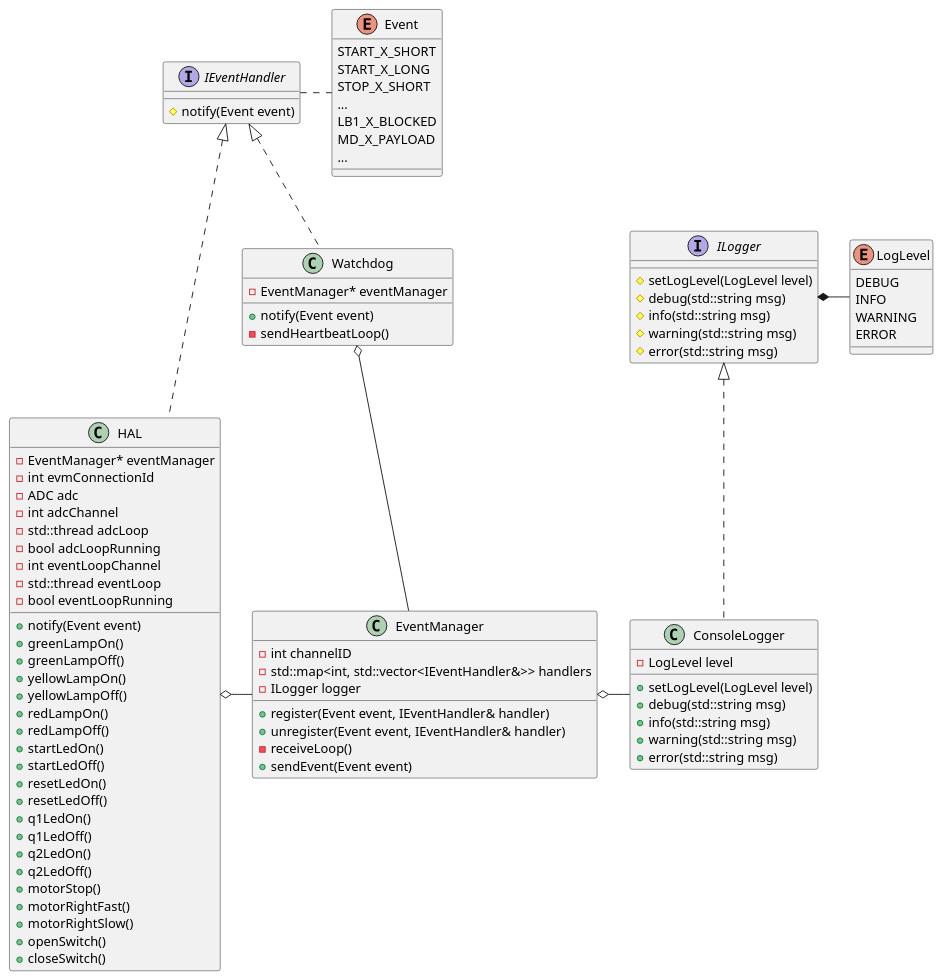
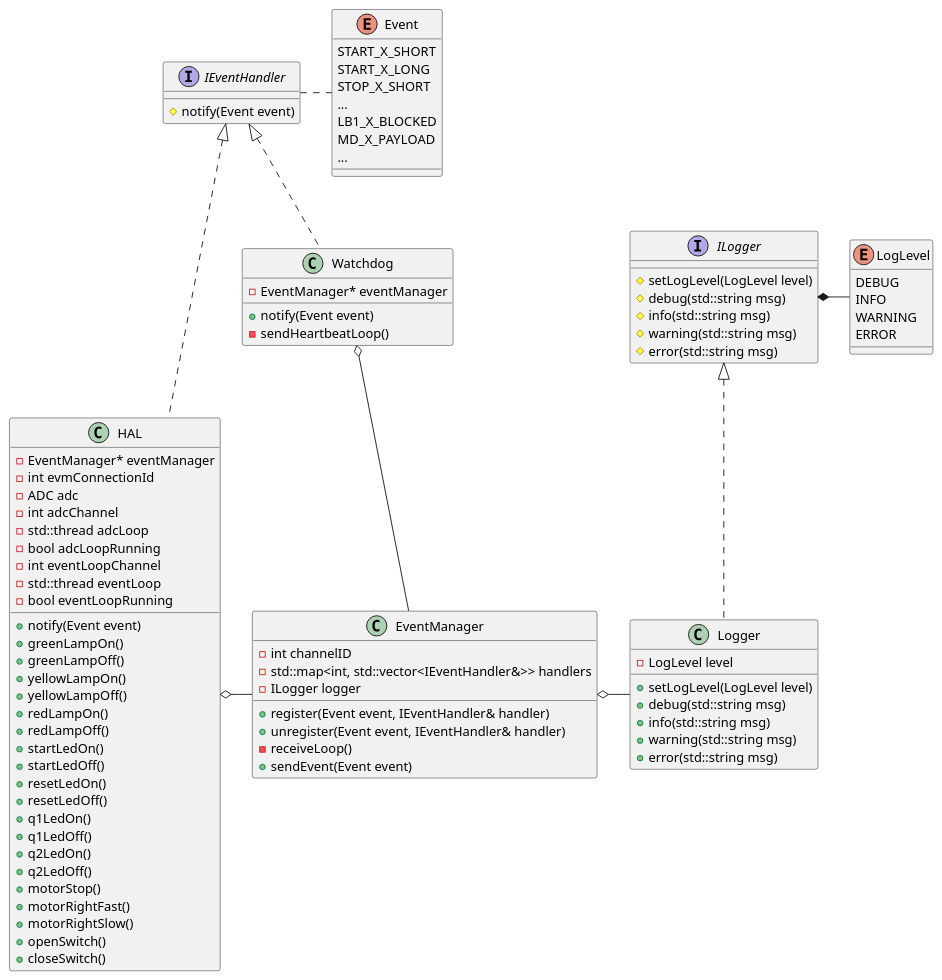
One commit to u2knwy/ESEP-2023SoSe-Team-2-1 changed the diagram in docs/diagrams/classes/hal_evm_logger_wd.puml. Above: the diagram before and after it, drawn with PlantUML. The commit also changed 4 other files, not shown here.

Commit message:
Update diagrams. Add sequence diagram for EStop

```diff
--- a/docs/diagrams/classes/hal_evm_logger_wd.puml
+++ b/docs/diagrams/classes/hal_evm_logger_wd.puml
@@ -1,102 +1,102 @@
 @startuml
 
 class EventManager {
   -int channelID
   -std::map<int, std::vector<IEventHandler&>> handlers
   -ILogger logger
   +register(Event event, IEventHandler& handler)
   +unregister(Event event, IEventHandler& handler)
   -receiveLoop()
   +sendEvent(Event event)
 }
 
-EventManager o- ConsoleLogger
+EventManager o- Logger
 
 class Watchdog {
   -EventManager* eventManager
   +notify(Event event)
   -sendHeartbeatLoop()
 }
 
 Watchdog o-- EventManager
 IEventHandler <|.. Watchdog
 
 interface IEventHandler {
   #notify(Event event)
 }
 
 enum LogLevel {
   DEBUG
   INFO
   WARNING
   ERROR
 }
 
 interface ILogger {
   #setLogLevel(LogLevel level)
   #debug(std::string msg)
   #info(std::string msg)
   #warning(std::string msg)
   #error(std::string msg)
 }
 
 ILogger *- LogLevel
 
-class ConsoleLogger {
+class Logger {
   -LogLevel level
   +setLogLevel(LogLevel level)
   +debug(std::string msg)
   +info(std::string msg)
   +warning(std::string msg)
   +error(std::string msg)
 }
-ILogger <|.. ConsoleLogger
+ILogger <|.. Logger
 
 enum Event {
   START_X_SHORT
   START_X_LONG
   STOP_X_SHORT
   ...
   LB1_X_BLOCKED
   MD_X_PAYLOAD
   ...
 }
 
 IEventHandler . Event
 
 class HAL {
   -EventManager* eventManager
   -int evmConnectionId
   -ADC adc
   -int adcChannel
   -std::thread adcLoop
   -bool adcLoopRunning
   -int eventLoopChannel
   -std::thread eventLoop
   -bool eventLoopRunning
   +notify(Event event)
   +greenLampOn()
   +greenLampOff()
   +yellowLampOn()
   +yellowLampOff()
   +redLampOn()
   +redLampOff()
   +startLedOn()
   +startLedOff()
   +resetLedOn()
   +resetLedOff()
   +q1LedOn()
   +q1LedOff()
   +q2LedOn()
   +q2LedOff()
   +motorStop()
   +motorRightFast()
   +motorRightSlow()
   +openSwitch()
   +closeSwitch()
 }
 
 IEventHandler <|.. HAL
 HAL o- EventManager
 
 @enduml
```
